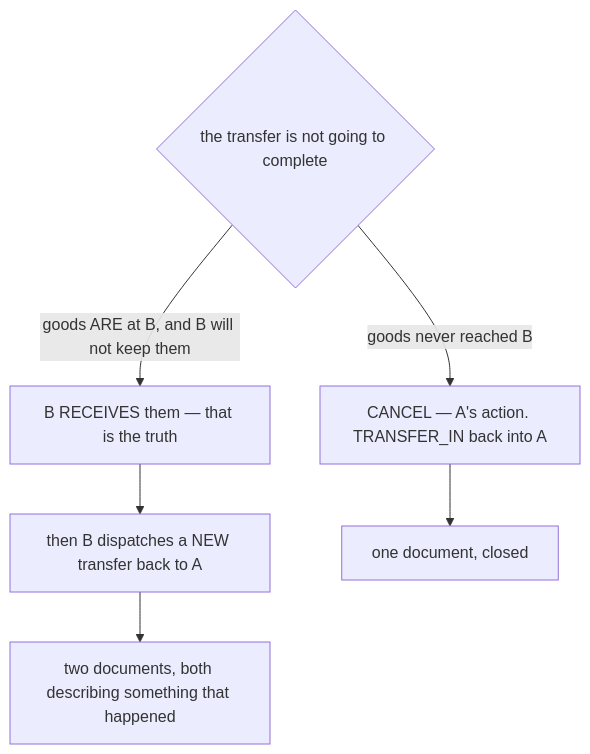
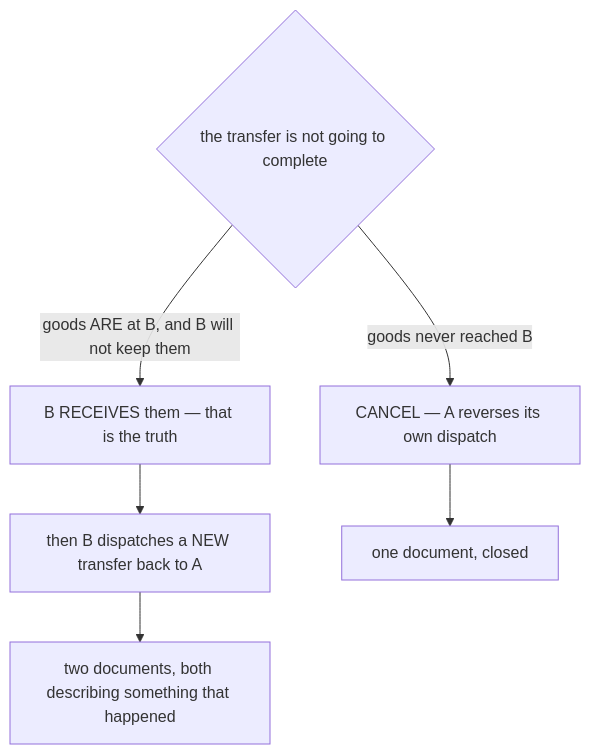
One commit to pdcgo/warehouse_revamp changed diagram 30 of 42 in disscuss/architecture/stock_movement_log.md. Above: the diagram before and after it, drawn with Mermaid. The commit also changed other lines of this file and 28 other files, not shown here.

````diff
--- a/disscuss/architecture/stock_movement_log.md
+++ b/disscuss/architecture/stock_movement_log.md
@@ -1516,9 +1634,9 @@
 ```mermaid
 flowchart TD
   Q{"the transfer is not going to complete"}
-  Q -->|"goods never reached B"| C["CANCEL — A's action. TRANSFER_IN back into A"]
+  Q -->|"goods never reached B"| C["CANCEL — A reverses its own dispatch"]
   Q -->|"goods ARE at B, and B will not keep them"| R["B RECEIVES them — that is the truth"]
   R --> N["then B dispatches a NEW transfer back to A"]
   C --> OK1["one document, closed"]
   N --> OK2["two documents, both describing something that happened"]
 ```
````
